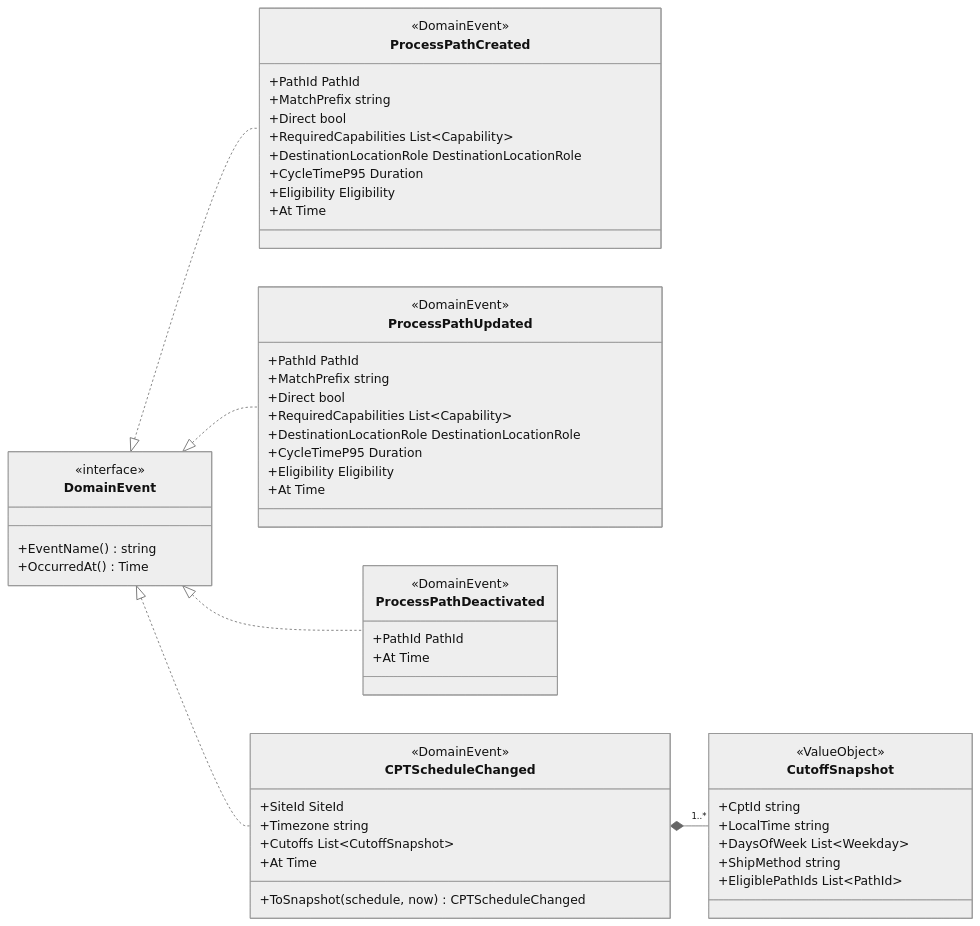
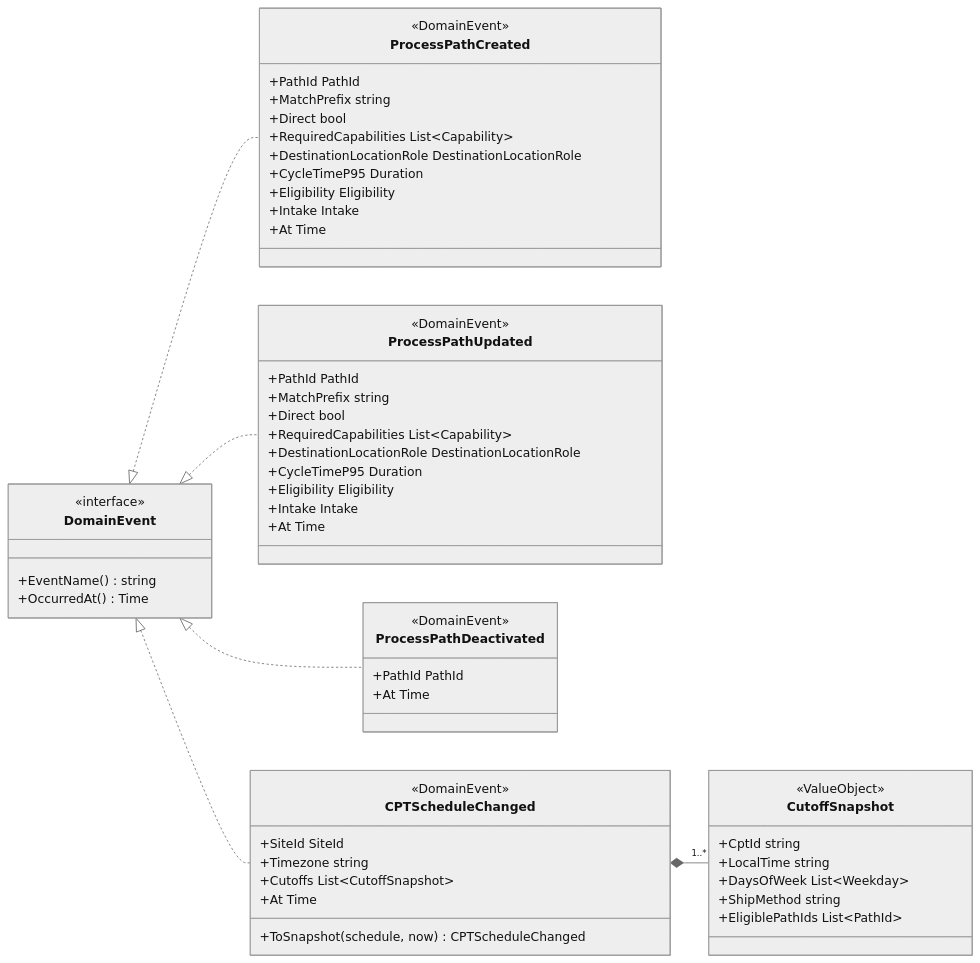
One commit to IQVO/warehouse-docs changed the second of 3 diagrams in docs/contexts/process-path-management/class-diagram.md. Above: the diagram before and after it, drawn with Mermaid (neutral theme). The commit also changed other lines of this file and 331 other files, not shown here.

````diff
--- a/docs/contexts/process-path-management/class-diagram.md
+++ b/docs/contexts/process-path-management/class-diagram.md
@@ -145,64 +150,66 @@
 ```mermaid
 classDiagram
     direction LR
 
     class DomainEvent {
         <<interface>>
         +EventName() string
         +OccurredAt() Time
     }
 
     class ProcessPathCreated {
         <<DomainEvent>>
         +PathId PathId
         +MatchPrefix string
         +Direct bool
         +RequiredCapabilities List~Capability~
         +DestinationLocationRole DestinationLocationRole
         +CycleTimeP95 Duration
         +Eligibility Eligibility
+        +Intake Intake
         +At Time
     }
 
     class ProcessPathUpdated {
         <<DomainEvent>>
         +PathId PathId
         +MatchPrefix string
         +Direct bool
         +RequiredCapabilities List~Capability~
         +DestinationLocationRole DestinationLocationRole
         +CycleTimeP95 Duration
         +Eligibility Eligibility
+        +Intake Intake
         +At Time
     }
 
     class ProcessPathDeactivated {
         <<DomainEvent>>
         +PathId PathId
         +At Time
     }
 
     class CPTScheduleChanged {
         <<DomainEvent>>
         +SiteId SiteId
         +Timezone string
         +Cutoffs List~CutoffSnapshot~
         +At Time
         +ToSnapshot(schedule, now) CPTScheduleChanged
     }
 
     class CutoffSnapshot {
         <<ValueObject>>
         +CptId string
         +LocalTime string
         +DaysOfWeek List~Weekday~
         +ShipMethod string
         +EligiblePathIds List~PathId~
     }
 
     DomainEvent <|.. ProcessPathCreated
     DomainEvent <|.. ProcessPathUpdated
     DomainEvent <|.. ProcessPathDeactivated
     DomainEvent <|.. CPTScheduleChanged
     CPTScheduleChanged *-- "1..*" CutoffSnapshot
 ```
````
